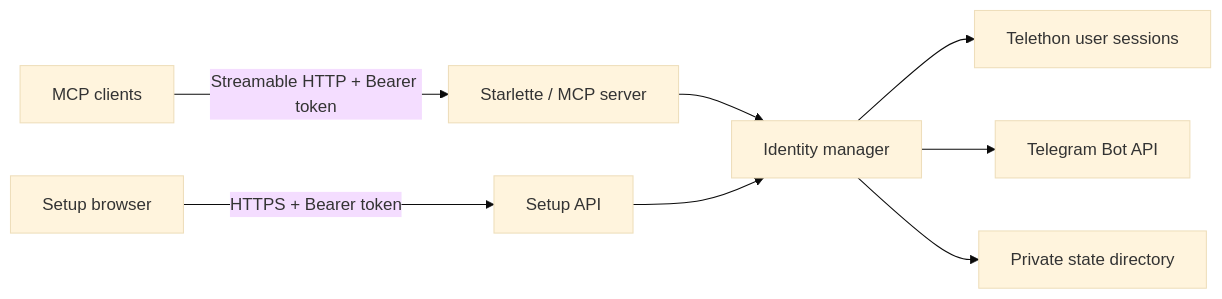
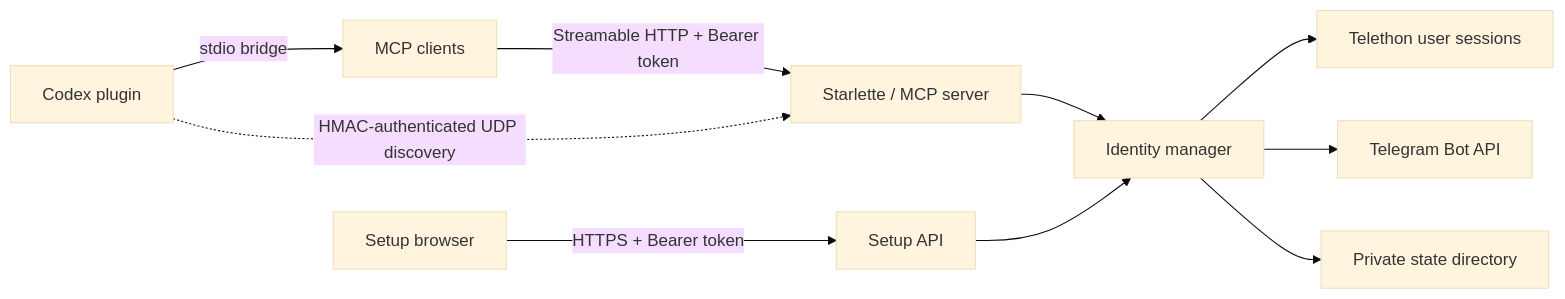
The diagram in docs/architecture.md (Mesteriis/tg-account-mcp), drawn with Mermaid (base theme) before and after one commit. The commit also changed other lines of this file and 23 other files, not shown here.

Commit message:
Add authenticated LAN discovery for Codex plugin (#11)

````diff
--- a/docs/architecture.md
+++ b/docs/architecture.md
@@ -5,10 +5,12 @@
 ```mermaid
 flowchart LR
     A[MCP clients] -->|Streamable HTTP + Bearer token| S[Starlette / MCP server]
+    C[Codex plugin] -->|stdio bridge| A
+    C -. HMAC-authenticated UDP discovery .-> S
     B[Setup browser] -->|HTTPS + Bearer token| W[Setup API]
     S --> M[Identity manager]
     W --> M
     M --> U[Telethon user sessions]
     M --> T[Telegram Bot API]
     M --> D[Private state directory]
 ```
````
